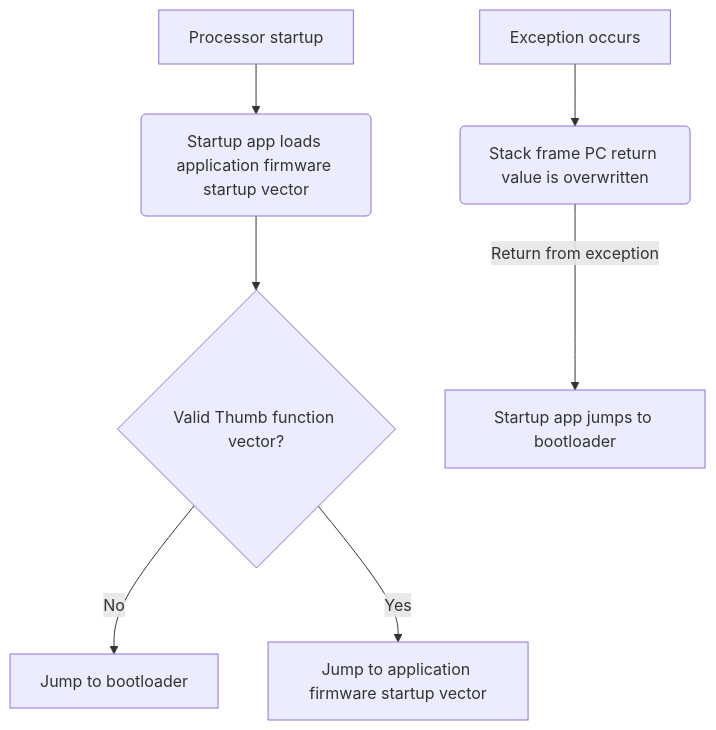
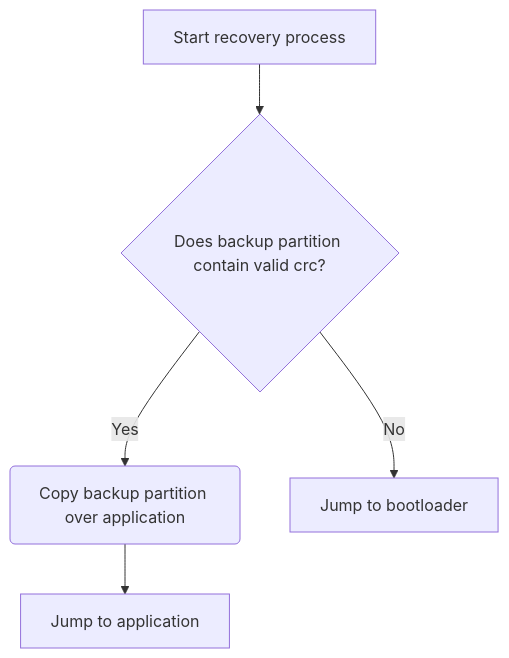
The second of 3 diagrams in stm32-modules/common/module-startup/README.md (Opentrons/opentrons-modules), drawn with Mermaid before and after one commit. The commit also changed other lines of this file, not shown here.

Commit message:
Updated startup app documentation

````diff
--- a/stm32-modules/common/module-startup/README.md
+++ b/stm32-modules/common/module-startup/README.md
@@ -23,9 +51,13 @@
 ```mermaid
 graph TD
-    A[Processor startup] --> B(Startup app loads application firmware startup vector)
-    B --> C{"Valid Thumb function vector?"}
-    C -->|No| D[Jump to bootloader]
-    C -->|Yes| E[Jump to application firmware startup vector]
-    F[Exception occurs] --> G(Stack frame PC return value is overwritten) 
-    G -->|Return from exception| H[Startup app jumps to bootloader]
+    A[Start recovery process]
+    B{Does backup partition contain valid crc?}
+    C(Copy backup partition over application)
+    D[Jump to application]
+    E[Jump to bootloader]
+
+    A --> B
+    B -->|Yes| C
+    B -->|No| E
+    C --> D
 ```
````
